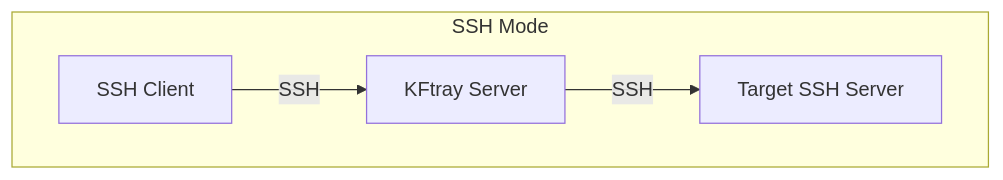
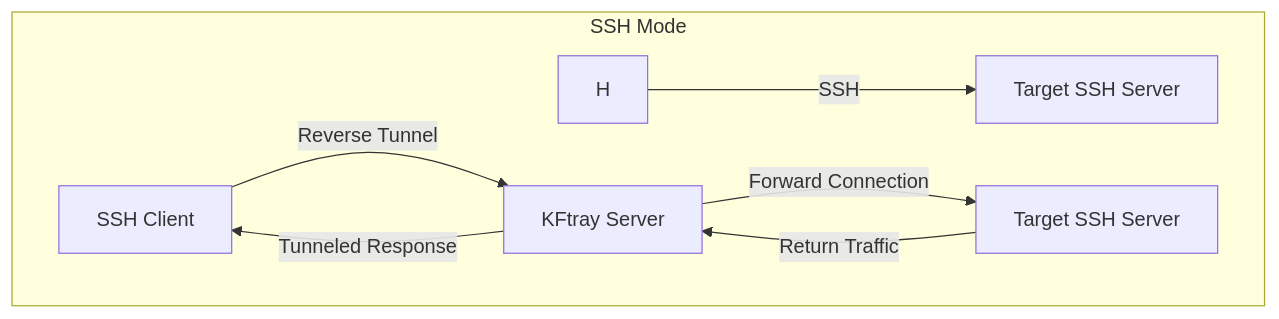
Before and after one commit to hcavarsan/kftray: the third of 3 diagrams in crates/kftray-server/README.md, drawn with Mermaid.

Commit message:
feat: add new ssh reverse tunnel to expose service

````diff
--- a/crates/kftray-server/README.md
+++ b/crates/kftray-server/README.md
@@ -29,7 +29,10 @@
 ```mermaid
 graph TD
     subgraph SSH Mode
-        G[SSH Client] -->|SSH| H[KFtray Server]
         H -->|SSH| I[Target SSH Server]
-    end
+        A[SSH Client] -->|Reverse Tunnel| B[KFtray Server]
+        B -->|Forward Connection| C[Target SSH Server]
+        C -->|Return Traffic| B
+        B -->|Tunneled Response| A
+     end
 ```
````
